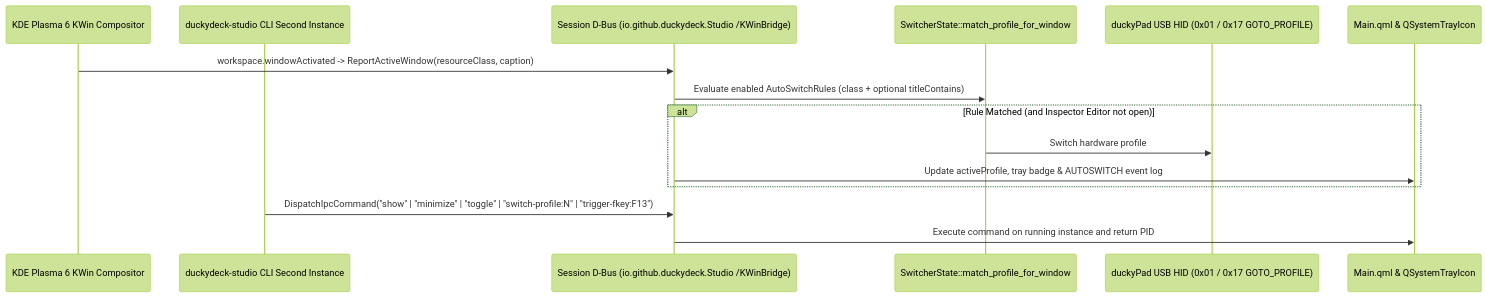
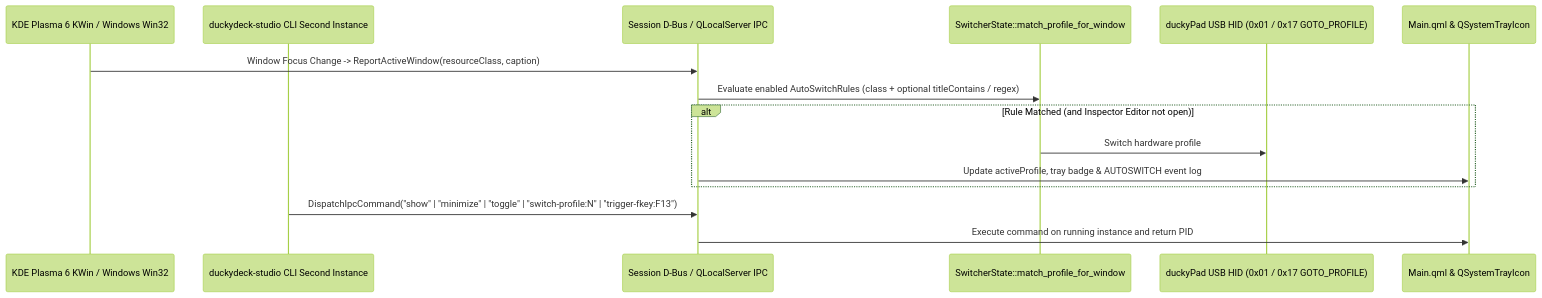
One commit to russellmilliner/duckydeck-studio changed the fourth of 4 diagrams in docs/ARCHITECTURE.md. Above: the diagram before and after it, drawn with Mermaid (forest theme). The commit also changed other lines of this file and 21 other files, not shown here.

````diff
--- a/docs/ARCHITECTURE.md
+++ b/docs/ARCHITECTURE.md
@@ -231,18 +241,18 @@
 ```mermaid
 sequenceDiagram
-    participant KWin as KDE Plasma 6 KWin Compositor
+    participant KWin as KDE Plasma 6 KWin / Windows Win32
     participant CLI as duckydeck-studio CLI Second Instance
-    participant DBus as Session D-Bus (io.github.duckydeck.Studio /KWinBridge)
+    participant DBus as Session D-Bus / QLocalServer IPC
     participant Matcher as SwitcherState::match_profile_for_window
     participant HID as duckyPad USB HID (0x01 / 0x17 GOTO_PROFILE)
     participant UI as Main.qml & QSystemTrayIcon
 
-    KWin->>DBus: workspace.windowActivated -> ReportActiveWindow(resourceClass, caption)
-    DBus->>Matcher: Evaluate enabled AutoSwitchRules (class + optional titleContains)
+    KWin->>DBus: Window Focus Change -> ReportActiveWindow(resourceClass, caption)
+    DBus->>Matcher: Evaluate enabled AutoSwitchRules (class + optional titleContains / regex)
     alt Rule Matched (and Inspector Editor not open)
         Matcher->>HID: Switch hardware profile
         DBus->>UI: Update activeProfile, tray badge & AUTOSWITCH event log
     end
     CLI->>DBus: DispatchIpcCommand("show" | "minimize" | "toggle" | "switch-profile:N" | "trigger-fkey:F13")
     DBus->>UI: Execute command on running instance and return PID
 ```
````
